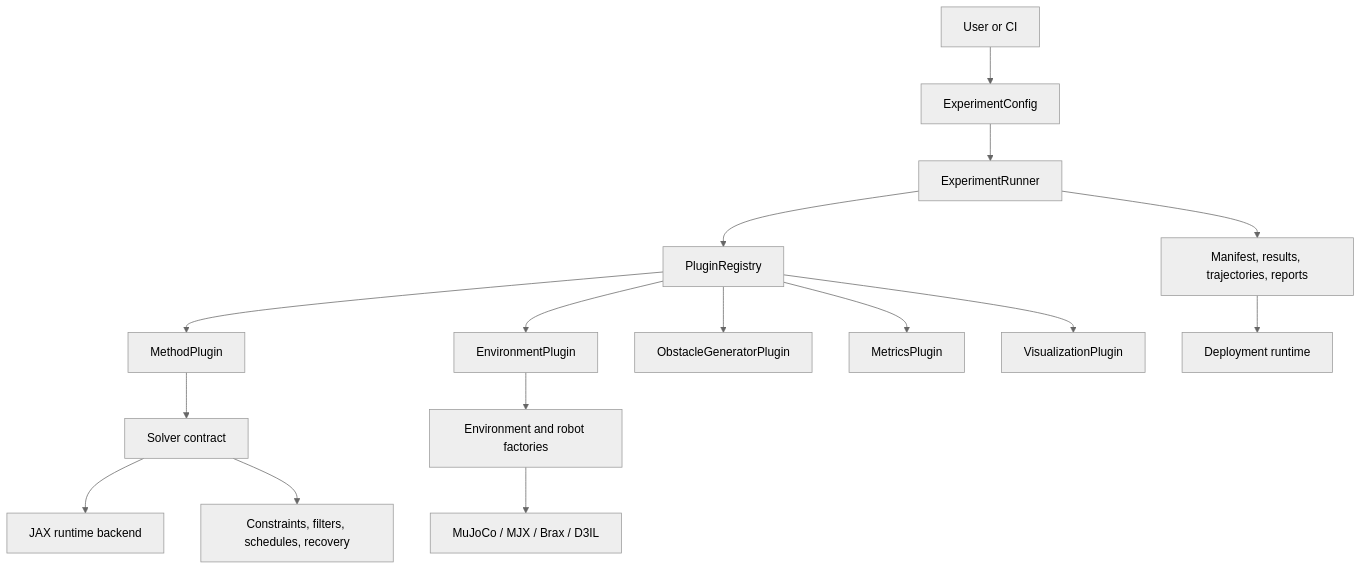
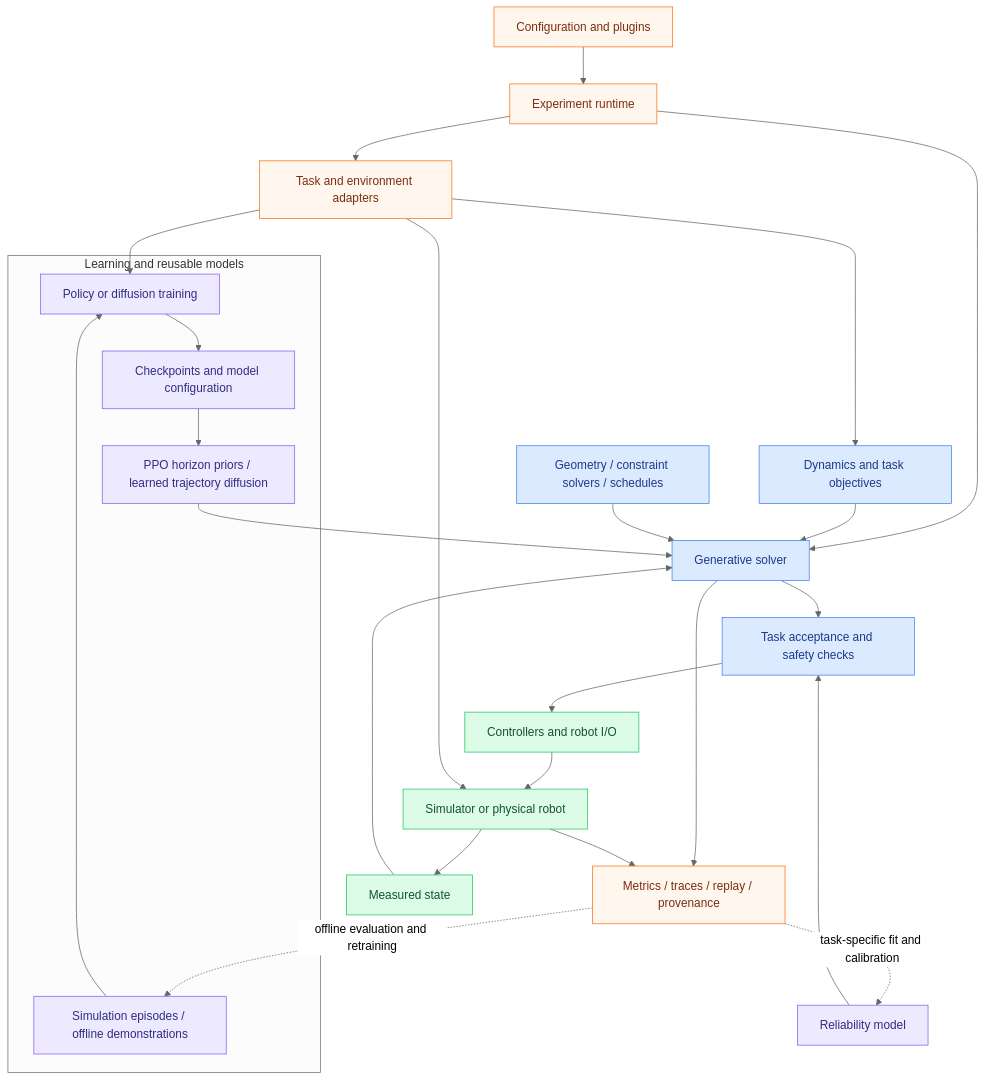
Before and after one commit to hhhhzl/genedynamics: the diagram in docs/concepts/architecture.md, drawn with Mermaid (neutral theme). The commit also changed other lines of this file and 12 other files, not shown here.

Commit message:
docs: position generative robotics across learning planning and control

````diff
--- a/docs/concepts/architecture.md
+++ b/docs/concepts/architecture.md
@@ -6,18 +8,39 @@
 ```mermaid
 flowchart TB
-    U[User or CI] --> C[ExperimentConfig]
-    C --> R[ExperimentRunner]
-    R --> REG[PluginRegistry]
-    REG --> MP[MethodPlugin]
-    REG --> EP[EnvironmentPlugin]
-    REG --> OP[ObstacleGeneratorPlugin]
-    REG --> MET[MetricsPlugin]
-    REG --> VIZ[VisualizationPlugin]
-    MP --> SOL[Solver contract]
-    SOL --> BACK[JAX runtime backend]
-    EP --> ENV[Environment and robot factories]
-    ENV --> SIM[MuJoCo / MJX / Brax / D3IL]
-    SOL --> CON[Constraints, filters, schedules, recovery]
-    R --> ART[Manifest, results, trajectories, reports]
-    ART --> DEP[Deployment runtime]
+    C[Configuration and plugins] --> R[Experiment runtime]
+    R --> ENV[Task and environment adapters]
+    R --> GEN[Generative solver]
+
+    subgraph LEARN[Learning and reusable models]
+        DATA[Simulation episodes / offline demonstrations] --> TRAIN[Policy or diffusion training]
+        TRAIN --> CKPT[Checkpoints and model configuration]
+        CKPT --> PRIOR[PPO horizon priors / learned trajectory diffusion]
+    end
+
+    ENV --> TRAIN
+    PRIOR --> GEN
+    ENV --> MODEL[Dynamics and task objectives]
+    MODEL --> GEN
+    GEO[Geometry / constraint solvers / schedules] --> GEN
+    GEN --> ACCEPT[Task acceptance and safety checks]
+    ACCEPT --> CTRL[Controllers and robot I/O]
+    CTRL --> WORLD[Simulator or physical robot]
+    WORLD --> STATE[Measured state]
+    STATE --> GEN
+    ENV --> WORLD
+
+    GEN --> EVIDENCE[Metrics / traces / replay / provenance]
+    WORLD --> EVIDENCE
+    EVIDENCE -. offline evaluation and retraining .-> DATA
+    EVIDENCE -. task-specific fit and calibration .-> REL[Reliability model]
+    REL --> ACCEPT
+
+    classDef learning fill:#ede9fe,stroke:#8b5cf6,color:#312e81
+    classDef inference fill:#dbeafe,stroke:#3b82f6,color:#1e3a8a
+    classDef execution fill:#dcfce7,stroke:#22c55e,color:#14532d
+    classDef evidence fill:#fff7ed,stroke:#f97316,color:#7c2d12
+    class DATA,TRAIN,CKPT,PRIOR,REL learning
+    class GEN,MODEL,GEO,ACCEPT inference
+    class CTRL,WORLD,STATE execution
+    class C,R,ENV,EVIDENCE evidence
 ```
````
